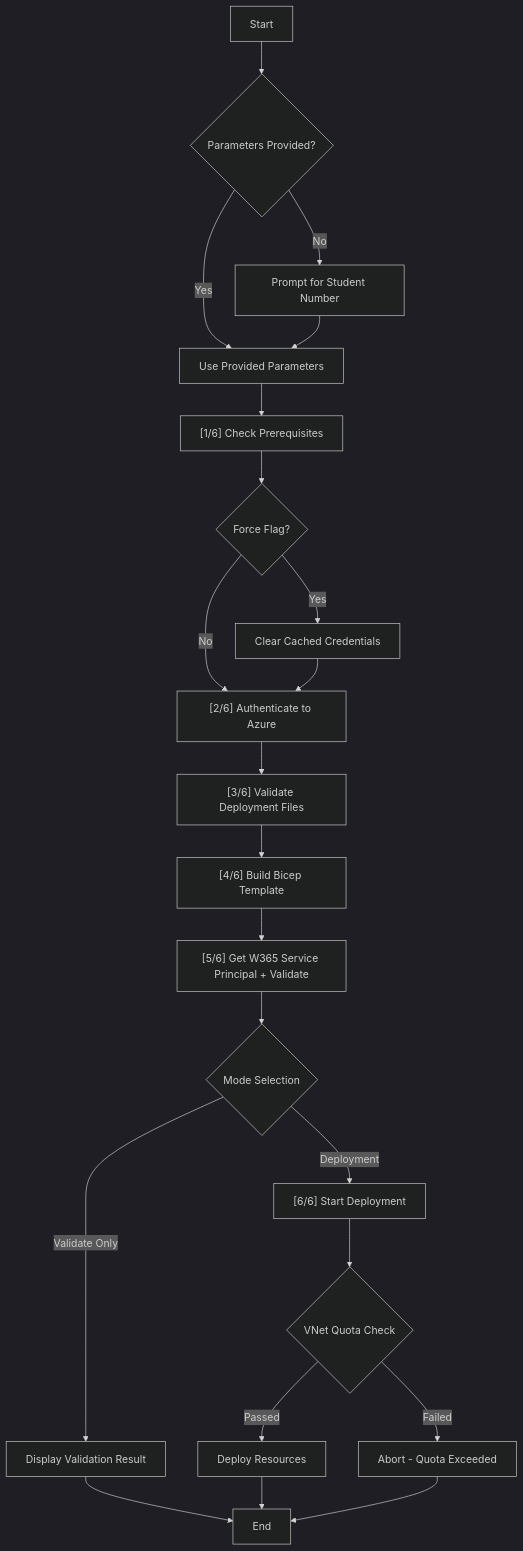
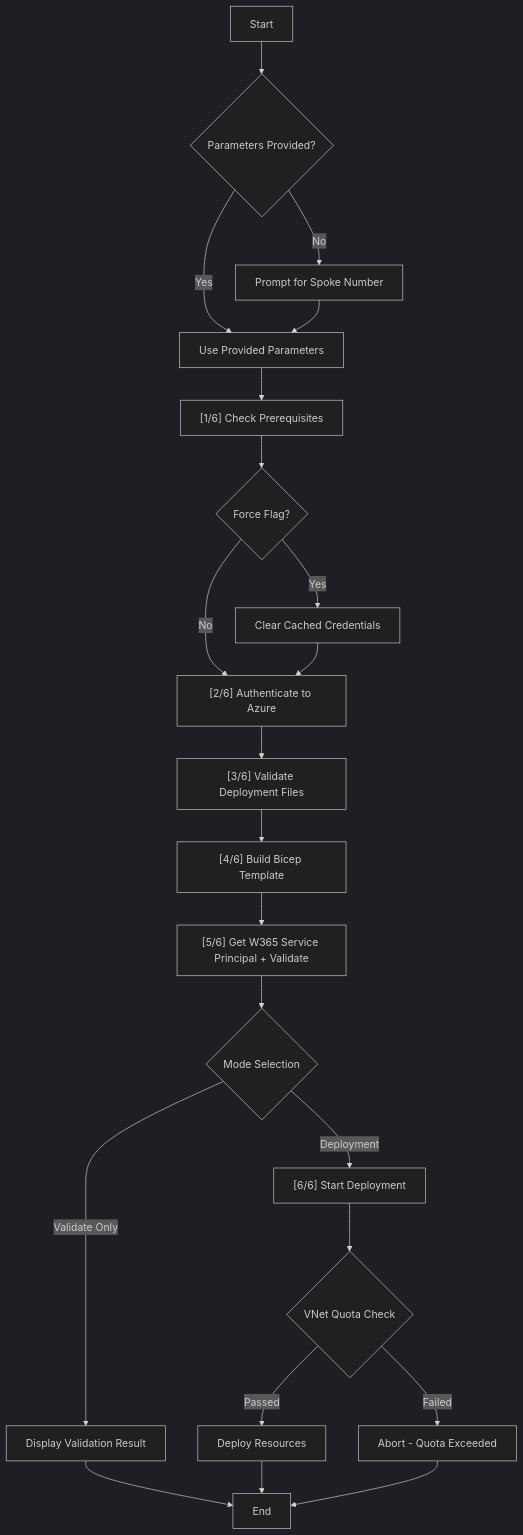
Before and after one commit to kkaminsk/W365LandingZoneMinimal: the diagram in 2_Spoke/ExecutionFlow.md, drawn with Mermaid (dark theme). The commit also changed other lines of this file and 35 other files, not shown here.

````diff
--- a/2_Spoke/ExecutionFlow.md
+++ b/2_Spoke/ExecutionFlow.md
@@ -43,24 +43,24 @@
 ```mermaid
 graph TD
     A[Start] --> B{Parameters Provided?}
-    B -- No --> C[Prompt for Student Number]
+    B -- No --> C[Prompt for Spoke Number]
     B -- Yes --> D[Use Provided Parameters]
     C --> D
     D --> E["[1/6] Check Prerequisites"]
     E --> F{"Force Flag?"}
     F -- Yes --> F1[Clear Cached Credentials]
     F -- No --> G
     F1 --> G["[2/6] Authenticate to Azure"]
     G --> H["[3/6] Validate Deployment Files"]
     H --> I["[4/6] Build Bicep Template"]
     I --> J["[5/6] Get W365 Service Principal + Validate"]
     J --> K{Mode Selection}
     K -- Validate Only --> L[Display Validation Result]
     K -- Deployment --> M["[6/6] Start Deployment"]
     M --> N{VNet Quota Check}
     N -- Passed --> O[Deploy Resources]
     N -- Failed --> P[Abort - Quota Exceeded]
     L --> Q[End]
     O --> Q
     P --> Q
 ```
````
